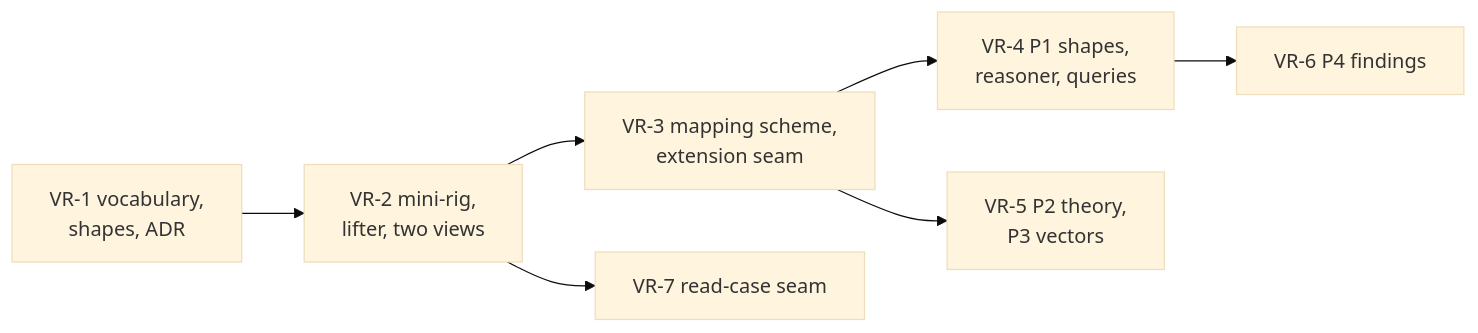
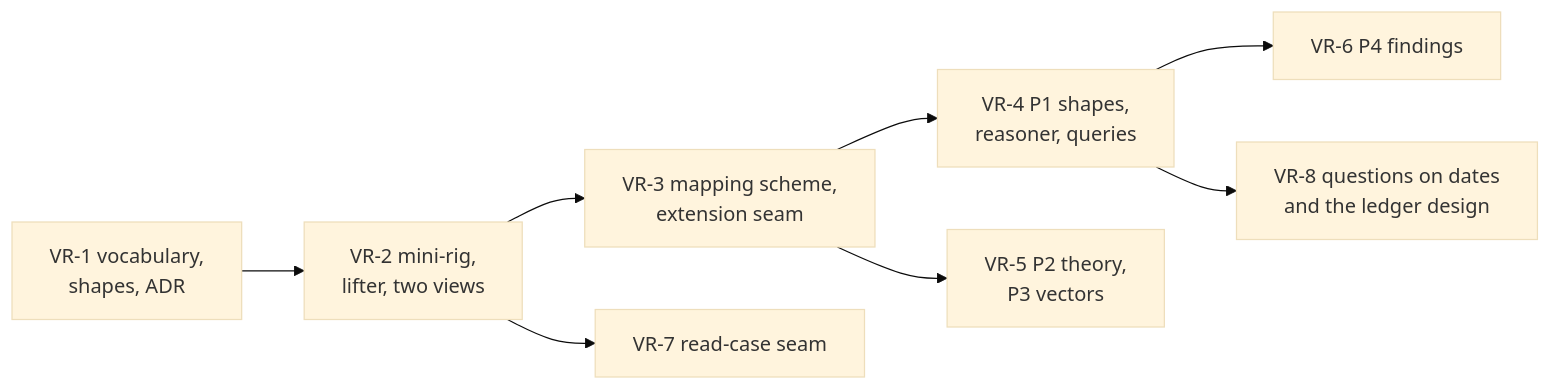
One commit to nebularis/lattice changed the diagram in docs/developer/plans/v-rig.md. Above: the diagram before and after it, drawn with Mermaid (base theme). The commit also changed other lines of this file and 4 other files, not shown here.

First line of the commit message:
[v-rig] VR-8 briefed: competency questions on dates and the ledger's decided design

````diff
--- a/docs/developer/plans/v-rig.md
+++ b/docs/developer/plans/v-rig.md
@@ -59,9 +60,10 @@
 ```mermaid
 flowchart LR
   V1["VR-1 vocabulary,<br/>shapes, ADR"] --> V2["VR-2 mini-rig,<br/>lifter, two views"]
   V2 --> V3["VR-3 mapping scheme,<br/>extension seam"]
   V2 --> V7["VR-7 read-case seam"]
   V3 --> V4["VR-4 P1 shapes,<br/>reasoner, queries"]
   V3 --> V5["VR-5 P2 theory,<br/>P3 vectors"]
   V4 --> V6["VR-6 P4 findings"]
+  V4 --> V8["VR-8 questions on dates<br/>and the ledger design"]
 ```
````
